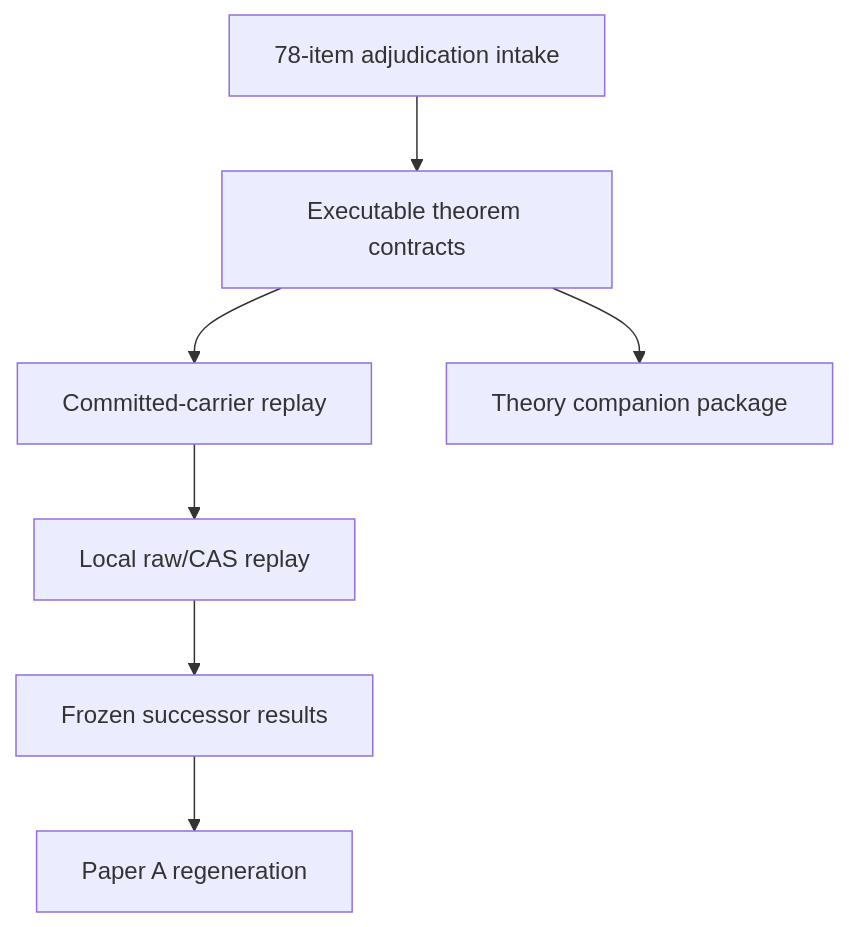
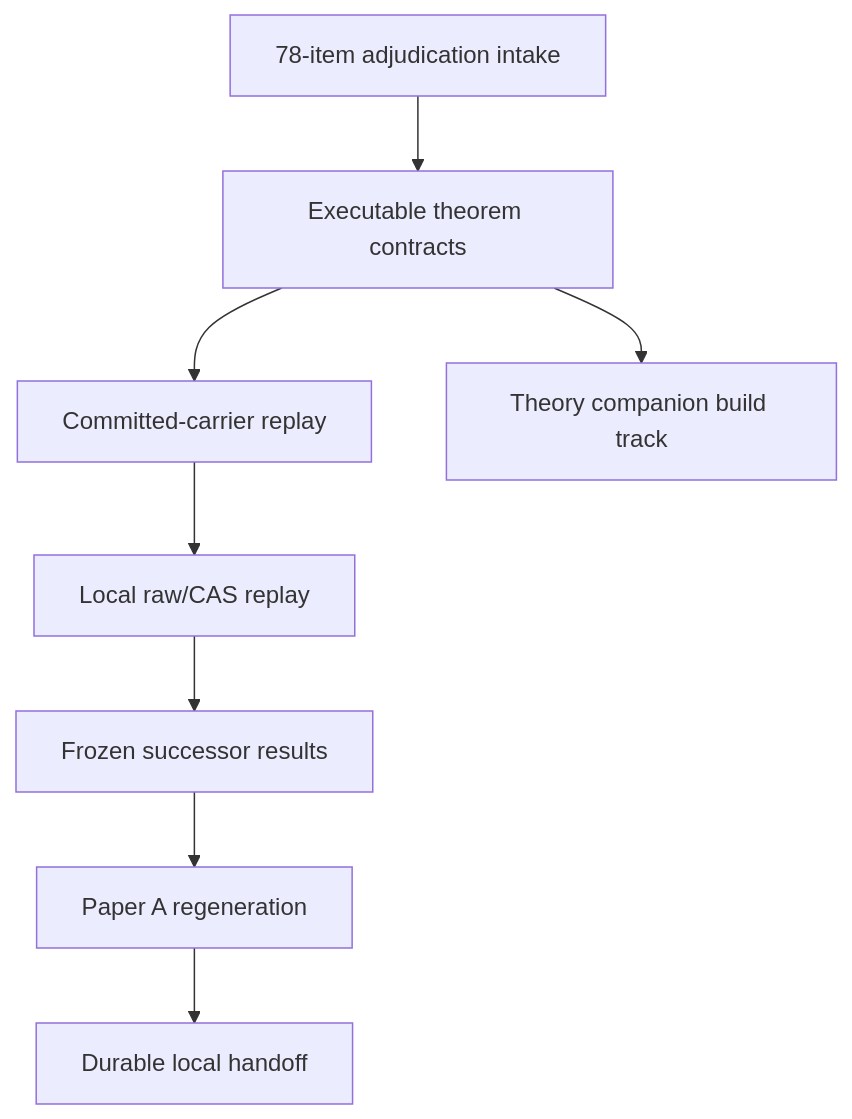
The first of 2 diagrams in docs/superpowers/specs/2026-08-30-planck-mes-wu009-full-replay-theorem-reconciliation-design.md (cosmosapjw-quantum/htt_base), drawn with Mermaid before and after one commit. The commit also changed other lines of this file, not shown here.

````diff
--- a/docs/superpowers/specs/2026-08-30-planck-mes-wu009-full-replay-theorem-reconciliation-design.md
+++ b/docs/superpowers/specs/2026-08-30-planck-mes-wu009-full-replay-theorem-reconciliation-design.md
@@ -57,9 +58,10 @@
 ```mermaid
 flowchart TD
     A["78-item adjudication intake"] --> B["Executable theorem contracts"]
     B --> C["Committed-carrier replay"]
     C --> D["Local raw/CAS replay"]
     D --> E["Frozen successor results"]
     E --> F["Paper A regeneration"]
-    B --> G["Theory companion package"]
+    F --> G["Durable local handoff"]
+    B --> T["Theory companion build track"]
 ```
````
